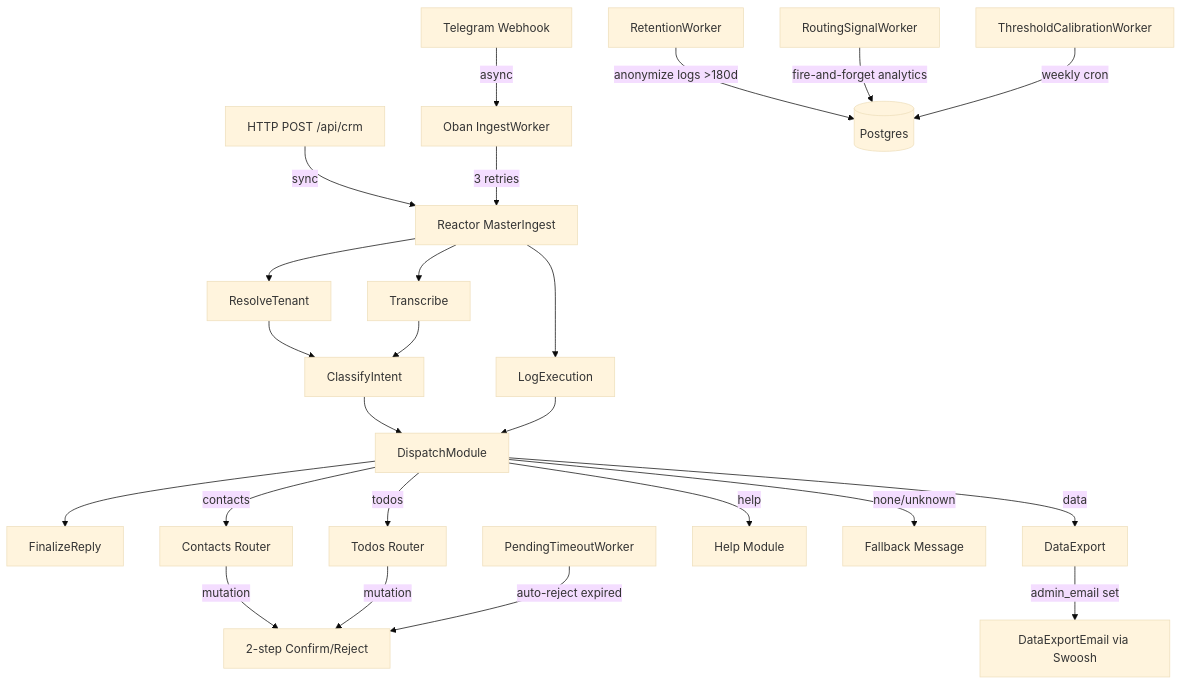
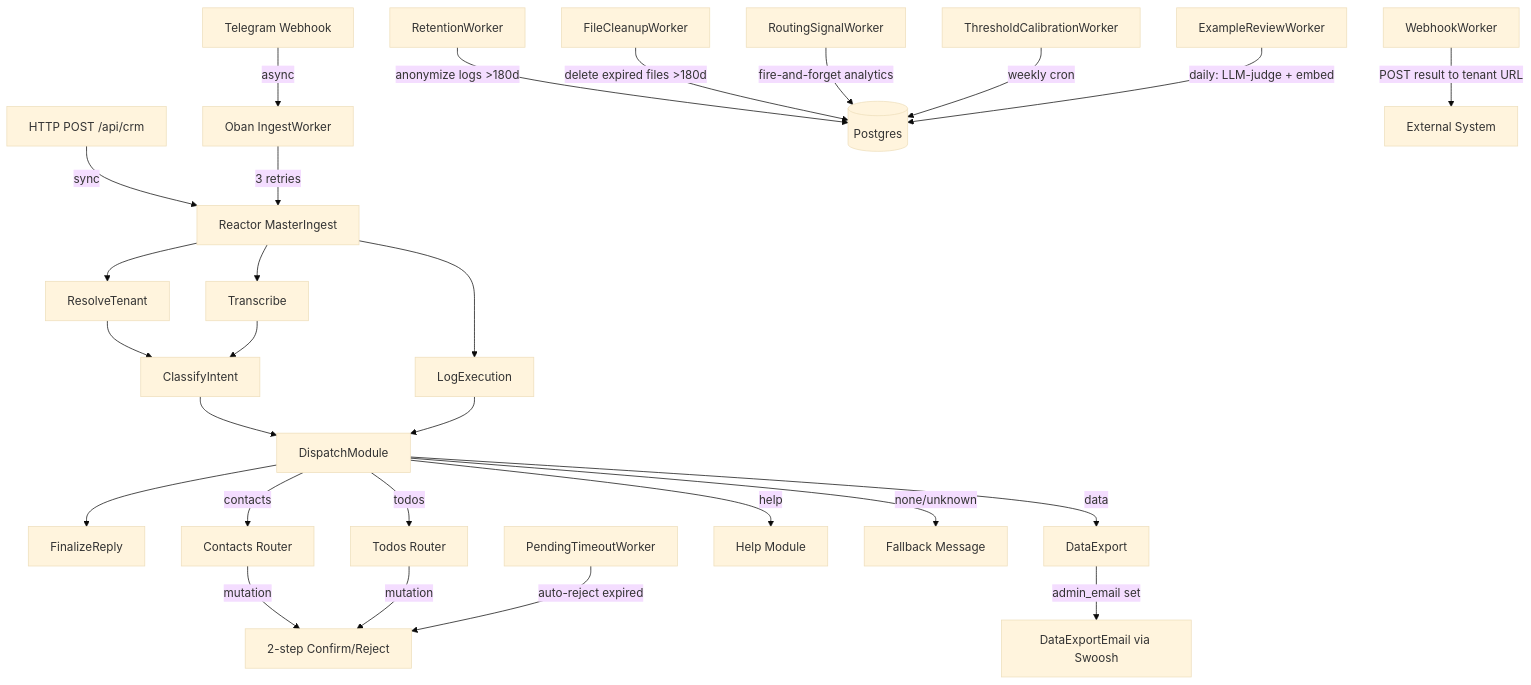
The first of 7 diagrams in README.md (ndrean/reactor-crm_ex), drawn with Mermaid (base theme) before and after one commit. The commit also changed other lines of this file, not shown here.

````diff
--- a/README.md
+++ b/README.md
@@ -10,30 +10,33 @@
 ```mermaid
 graph TB
     A[HTTP POST /api/crm] -->|sync| R[Reactor MasterIngest]
     T[Telegram Webhook] -->|async| O[Oban IngestWorker]
     O -->|3 retries| R
 
     R --> RT[ResolveTenant]
     R --> TR[Transcribe]
     R --> LE[LogExecution]
     RT --> CI[ClassifyIntent]
     TR --> CI
     CI --> DM[DispatchModule]
     LE --> DM
     DM --> FR[FinalizeReply]
 
     DM -->|contacts| C[Contacts Router]
     DM -->|todos| TD[Todos Router]
     DM -->|data| DE[DataExport]
     DM -->|help| H[Help Module]
     DM -->|none/unknown| FB[Fallback Message]
 
     C -->|mutation| M[2-step Confirm/Reject]
     TD -->|mutation| M
 
     DE -->|admin_email set| EM[DataExportEmail via Swoosh]
     PT[PendingTimeoutWorker] -->|auto-reject expired| M
     RW[RetentionWorker] -->|anonymize logs >180d| DB[(Postgres)]
+    FCW[FileCleanupWorker] -->|delete expired files >180d| DB
     RSW[RoutingSignalWorker] -->|fire-and-forget analytics| DB
     TCW[ThresholdCalibrationWorker] -->|weekly cron| DB
+    ERW[ExampleReviewWorker] -->|daily: LLM-judge + embed| DB
+    WH[WebhookWorker] -->|POST result to tenant URL| EXT[External System]
 ```
````
